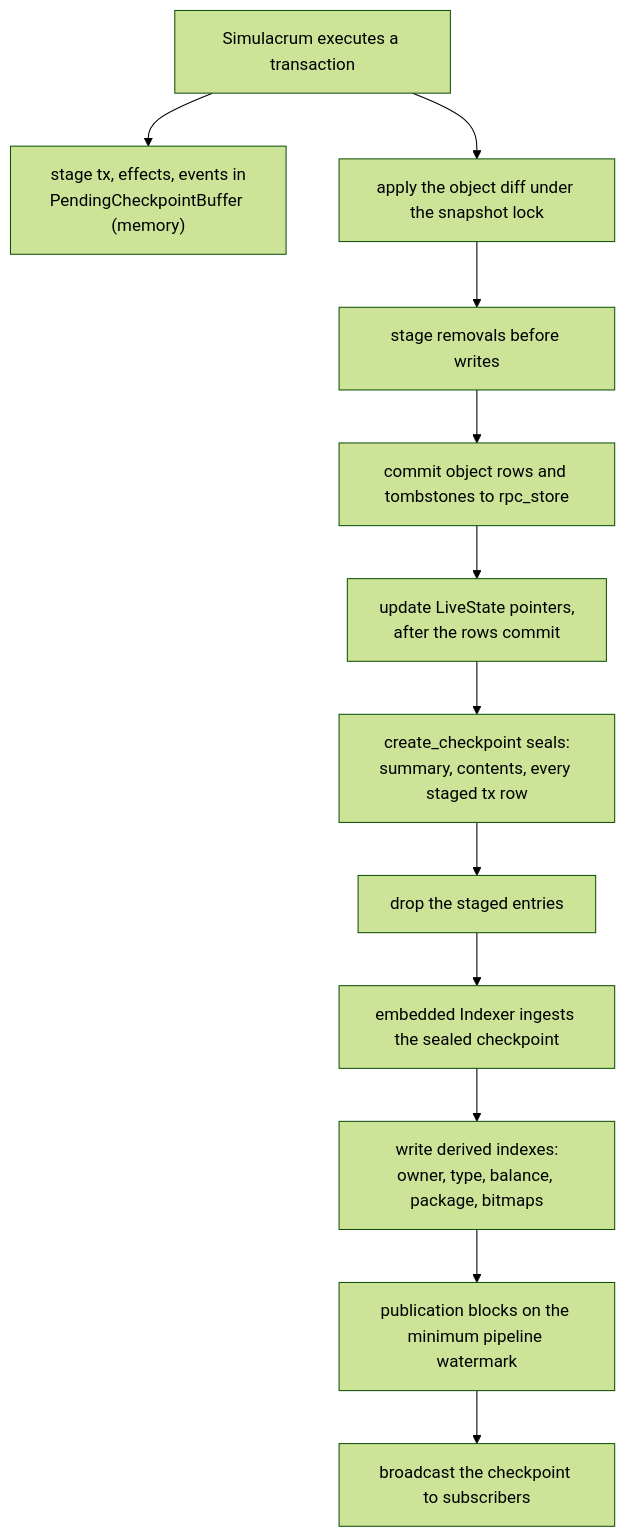
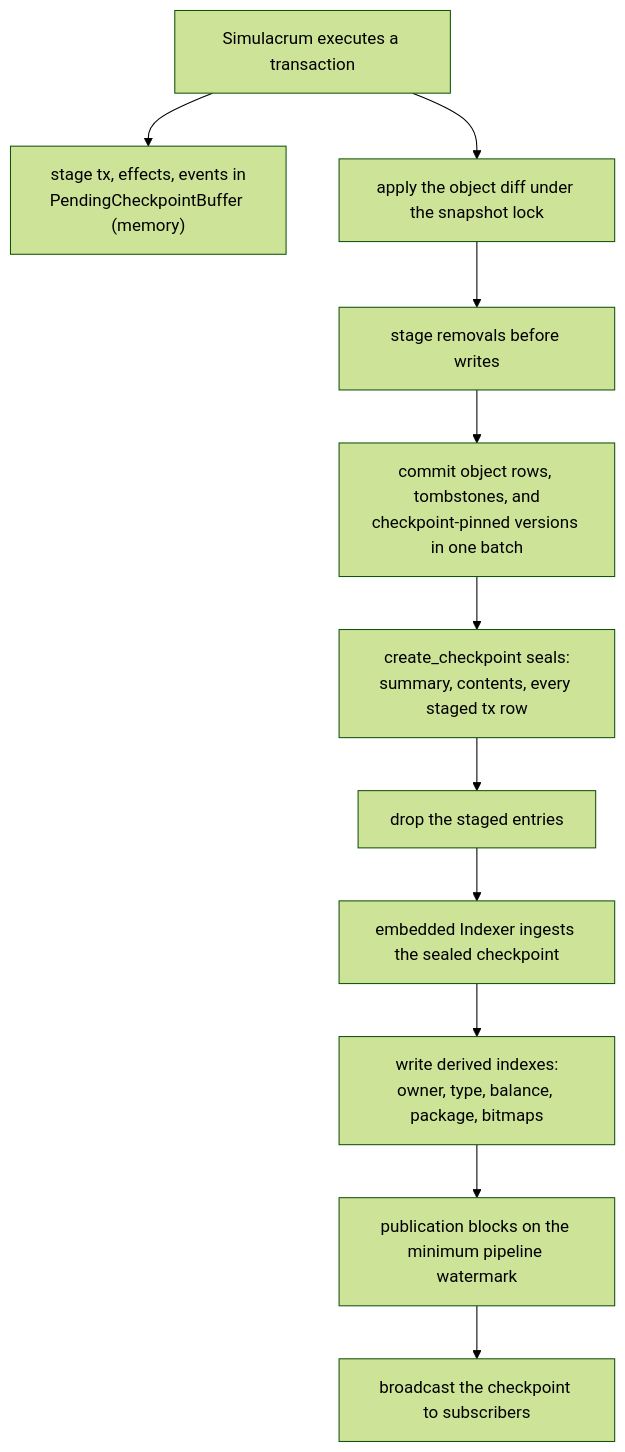
Before and after one commit to MystenLabs/sui: the sixth of 6 diagrams in crates/sui-fork/design/storage_diagrams.md, drawn with Mermaid (forest theme). The commit also changed other lines of this file and 9 other files, not shown here.

First line of the commit message:
[sui-fork] Document the checkpoint-pinned current-version authority

````diff
--- a/crates/sui-fork/design/storage_diagrams.md
+++ b/crates/sui-fork/design/storage_diagrams.md
@@ -132,14 +131,13 @@
 ```mermaid
 flowchart TD
     tx[Simulacrum executes a transaction] --> stage["stage tx, effects, events in<br/>PendingCheckpointBuffer (memory)"]
     tx --> diff[apply the object diff under the snapshot lock]
     diff --> removals[stage removals before writes]
-    removals --> rows[commit object rows and tombstones to rpc_store]
-    rows --> ptrs["update LiveState pointers,<br/>after the rows commit"]
-    ptrs --> seal["create_checkpoint seals:<br/>summary, contents, every staged tx row"]
+    removals --> rows["commit object rows, tombstones, and<br/>checkpoint-pinned versions in one batch"]
+    rows --> seal["create_checkpoint seals:<br/>summary, contents, every staged tx row"]
     seal --> clear[drop the staged entries]
     clear --> ingest[embedded Indexer ingests the sealed checkpoint]
     ingest --> derived["write derived indexes:<br/>owner, type, balance, package, bitmaps"]
     derived --> wm[publication blocks on the minimum pipeline watermark]
     wm --> pub[broadcast the checkpoint to subscribers]
 ```
````
